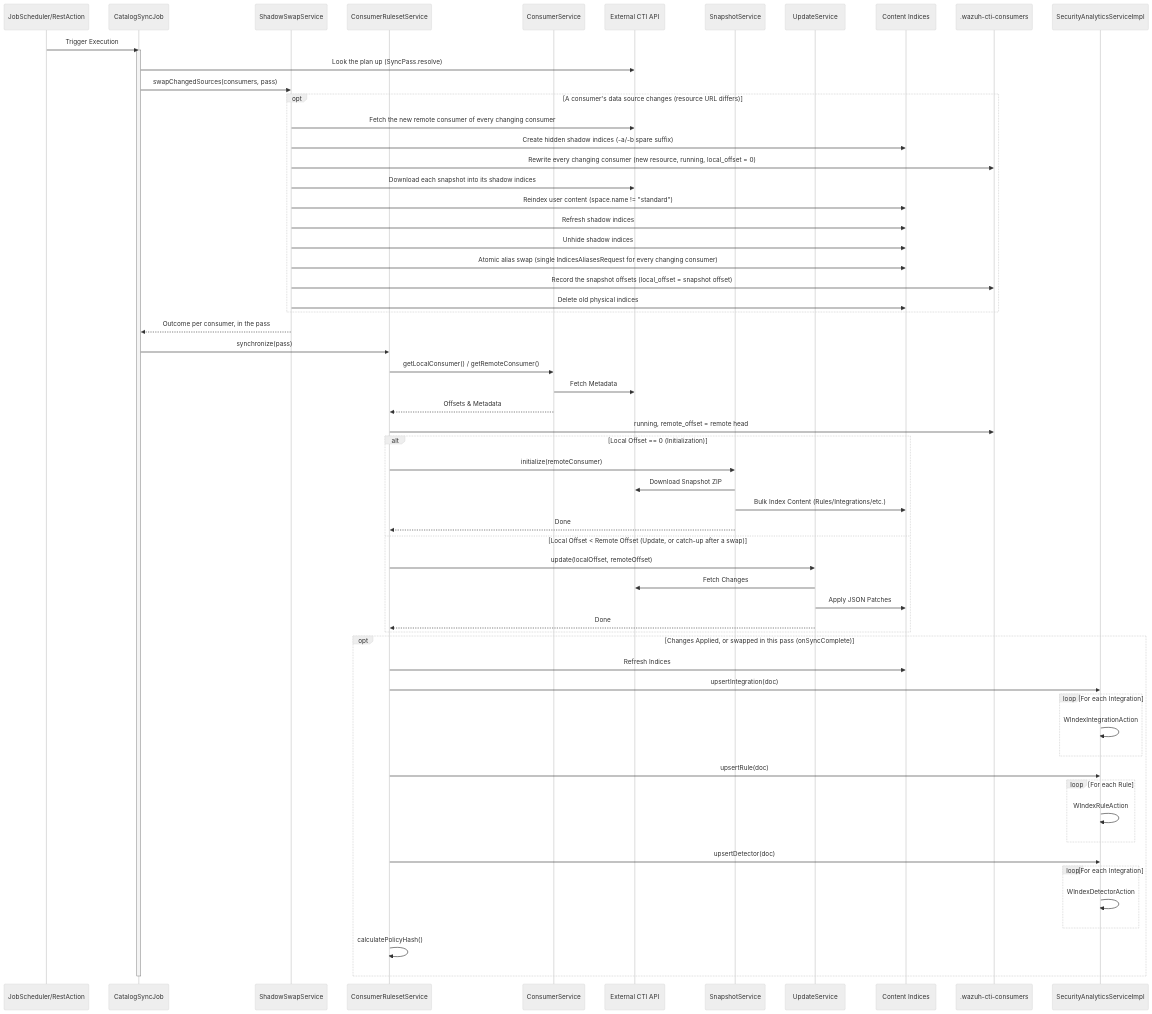
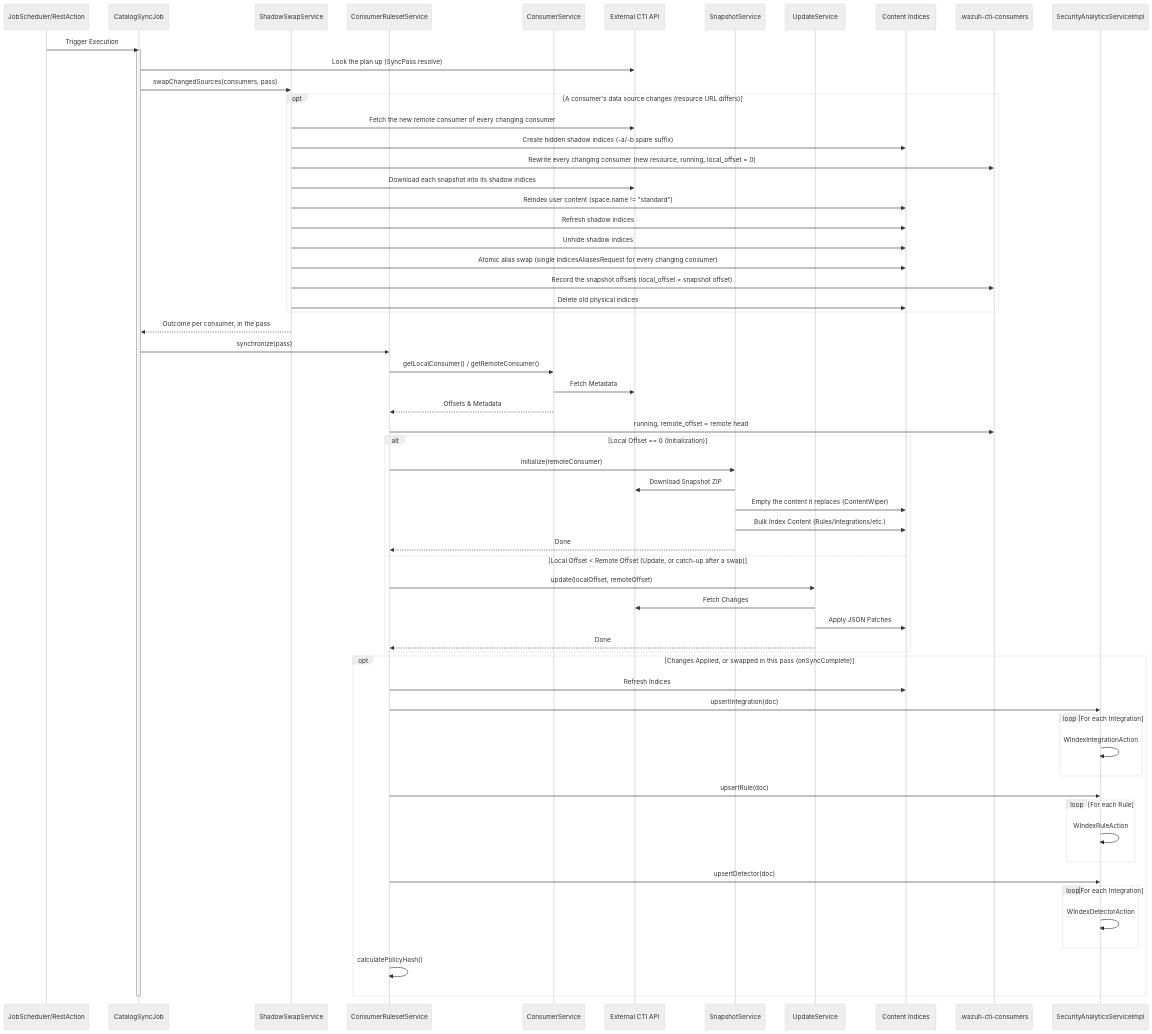
One commit to wazuh/wazuh-indexer-plugins changed the third of 12 diagrams in docs/dev/plugins/content-manager.md. Above: the diagram before and after it, drawn with Mermaid (neutral theme). The commit also changed other lines of this file and 11 other files, not shown here.

````diff
--- a/docs/dev/plugins/content-manager.md
+++ b/docs/dev/plugins/content-manager.md
@@ -598,76 +598,77 @@
 ```mermaid
 sequenceDiagram
     participant Scheduler as JobScheduler/RestAction
     participant SyncJob as CatalogSyncJob
     participant Swap as ShadowSwapService
     participant Synchronizer as ConsumerRulesetService
     participant ConsumerSvc as ConsumerService
     participant CTI as External CTI API
     participant Snapshot as SnapshotService
     participant Update as UpdateService
     participant Indices as Content Indices
     participant Consumers as .wazuh-cti-consumers
     participant SA as SecurityAnalyticsServiceImpl
 
     Scheduler->>SyncJob: Trigger Execution
     activate SyncJob
 
     SyncJob->>CTI: Look the plan up (SyncPass.resolve)
 
     SyncJob->>Swap: swapChangedSources(consumers, pass)
     opt A consumer's data source changes (resource URL differs)
         Swap->>CTI: Fetch the new remote consumer of every changing consumer
         Swap->>Indices: Create hidden shadow indices (-a/-b spare suffix)
         Swap->>Consumers: Rewrite every changing consumer (new resource, running, local_offset = 0)
         Swap->>CTI: Download each snapshot into its shadow indices
         Swap->>Indices: Reindex user content (space.name != "standard")
         Swap->>Indices: Refresh shadow indices
         Swap->>Indices: Unhide shadow indices
         Swap->>Indices: Atomic alias swap (single IndicesAliasesRequest for every changing consumer)
         Swap->>Consumers: Record the snapshot offsets (local_offset = snapshot offset)
         Swap->>Indices: Delete old physical indices
     end
     Swap-->>SyncJob: Outcome per consumer, in the pass
 
     SyncJob->>Synchronizer: synchronize(pass)
 
     Synchronizer->>ConsumerSvc: getLocalConsumer() / getRemoteConsumer()
     ConsumerSvc->>CTI: Fetch Metadata
     ConsumerSvc-->>Synchronizer: Offsets & Metadata
     Synchronizer->>Consumers: running, remote_offset = remote head
 
     alt Local Offset == 0 (Initialization)
         Synchronizer->>Snapshot: initialize(remoteConsumer)
         Snapshot->>CTI: Download Snapshot ZIP
+        Snapshot->>Indices: Empty the content it replaces (ContentWiper)
         Snapshot->>Indices: Bulk Index Content (Rules/Integrations/etc.)
         Snapshot-->>Synchronizer: Done
     else Local Offset < Remote Offset (Update, or catch-up after a swap)
         Synchronizer->>Update: update(localOffset, remoteOffset)
         Update->>CTI: Fetch Changes
         Update->>Indices: Apply JSON Patches
         Update-->>Synchronizer: Done
     end
 
     opt Changes Applied, or swapped in this pass (onSyncComplete)
         Synchronizer->>Indices: Refresh Indices
 
         Synchronizer->>SA: upsertIntegration(doc)
         loop For each Integration
             SA->>SA: WIndexIntegrationAction
         end
 
         Synchronizer->>SA: upsertRule(doc)
         loop For each Rule
             SA->>SA: WIndexRuleAction
         end
 
         Synchronizer->>SA: upsertDetector(doc)
         loop For each Integration
             SA->>SA: WIndexDetectorAction
         end
 
         Synchronizer->>Synchronizer: calculatePolicyHash()
     end
 
     deactivate SyncJob
 ```
````
